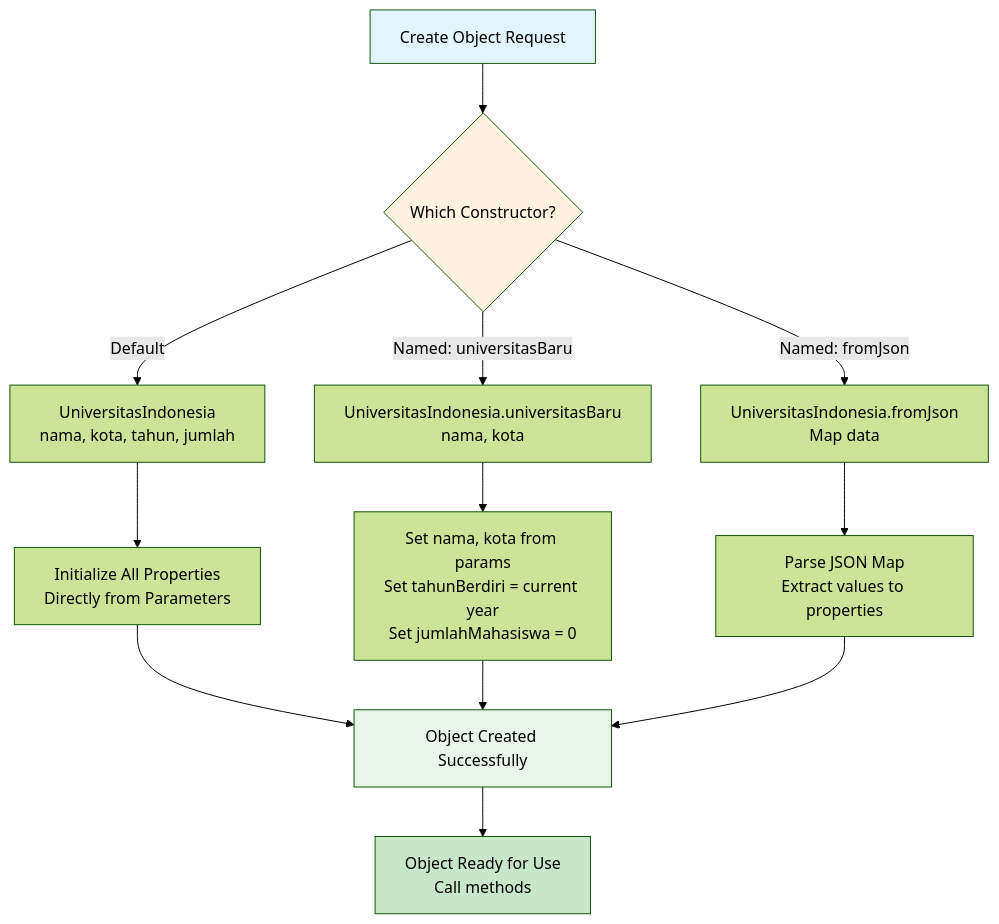
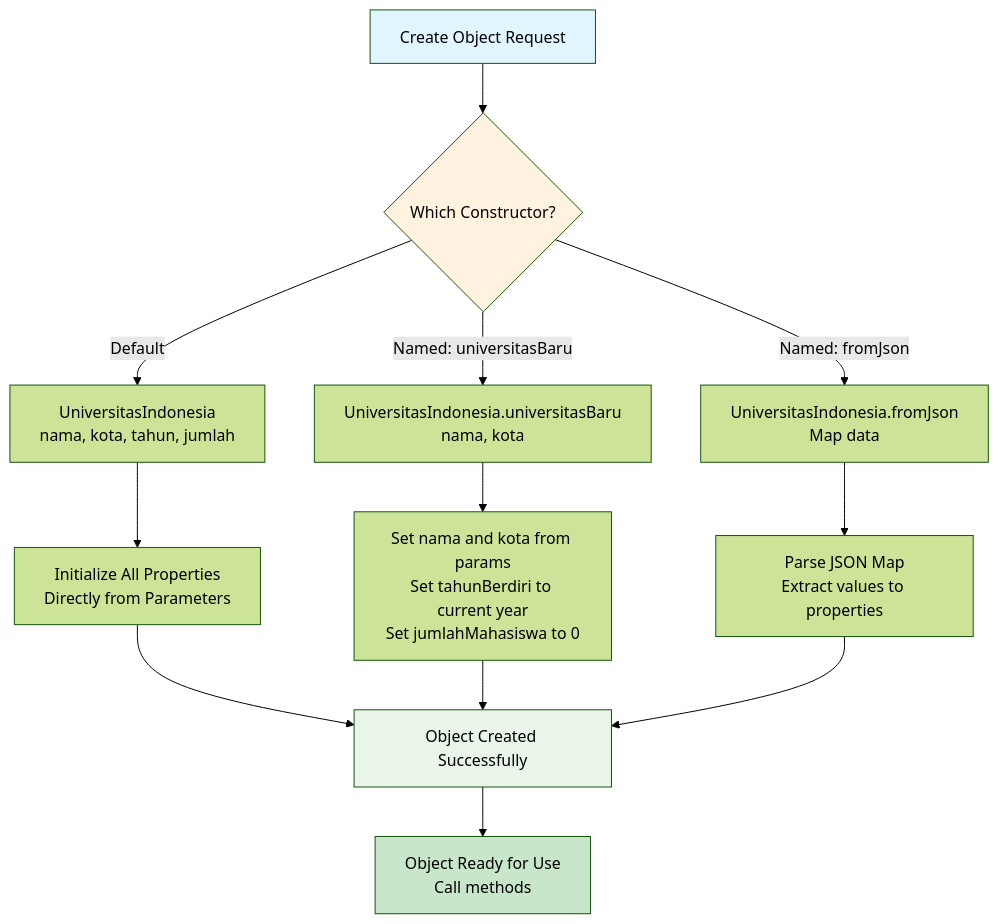
One commit to antonprafanto/flutter changed the second of 13 diagrams in pertemuan2.md. Above: the diagram before and after it, drawn with Mermaid (forest theme). The commit also changed other lines of this file, not shown here.

````diff
--- a/pertemuan2.md
+++ b/pertemuan2.md
@@ -222,23 +302,23 @@
 ```mermaid
 flowchart TD
     A[Create Object Request] --> B{Which Constructor?}
     
     B -->|Default| C[UniversitasIndonesia<br/>nama, kota, tahun, jumlah]
     B -->|Named: universitasBaru| D[UniversitasIndonesia.universitasBaru<br/>nama, kota]
     B -->|Named: fromJson| E[UniversitasIndonesia.fromJson<br/>Map data]
     
     C --> F[Initialize All Properties<br/>Directly from Parameters]
-    D --> G[Set nama, kota from params<br/>Set tahunBerdiri = current year<br/>Set jumlahMahasiswa = 0]
+    D --> G[Set nama and kota from params<br/>Set tahunBerdiri to current year<br/>Set jumlahMahasiswa to 0]
     E --> H[Parse JSON Map<br/>Extract values to properties]
     
     F --> I[Object Created Successfully]
     G --> I
     H --> I
     
     I --> J[Object Ready for Use<br/>Call methods]
     
     style A fill:#e1f5fe
     style B fill:#fff3e0
     style I fill:#e8f5e8
     style J fill:#c8e6c9
 ```
````
